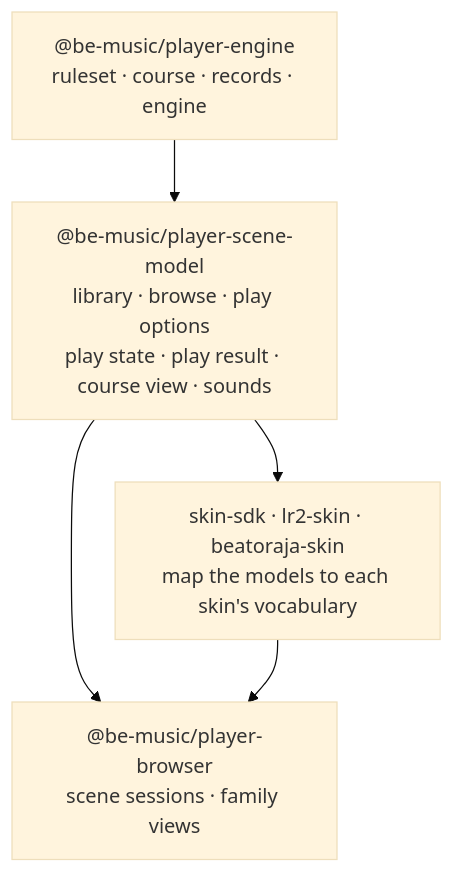
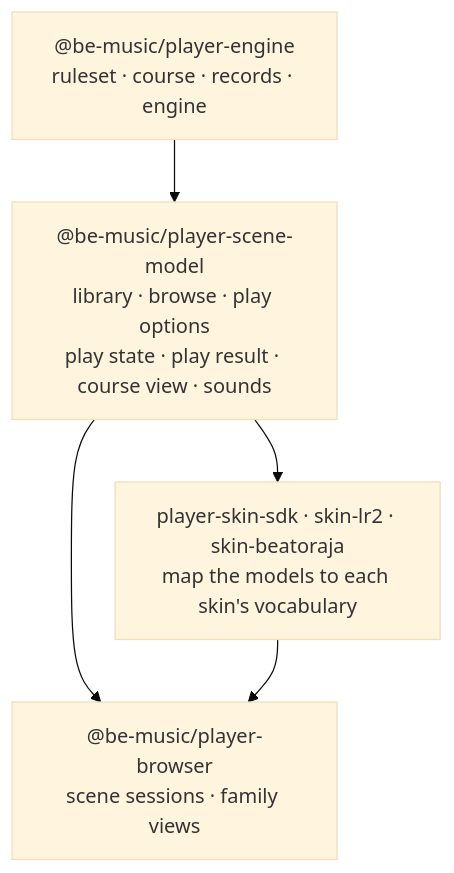
Before and after one commit to nulltask/be-music: the first of 3 diagrams in docs/scene-model.md, drawn with Mermaid (base theme). The commit also changed other lines of this file and 31 other files, not shown here.

Commit message:
docs: align package labels and diagrams with renamed packages [ci skip]

````diff
--- a/docs/scene-model.md
+++ b/docs/scene-model.md
@@ -11,12 +11,12 @@
 ```mermaid
 flowchart TD
   player["@be-music/player-engine<br/>ruleset · course · records · engine"]
   model["@be-music/player-scene-model<br/>library · browse · play options<br/>play state · play result · course view · sounds"]
-  skins["skin-sdk · lr2-skin · beatoraja-skin<br/>map the models to each skin's vocabulary"]
+  skins["player-skin-sdk · skin-lr2 · skin-beatoraja<br/>map the models to each skin's vocabulary"]
   sessions["@be-music/player-browser<br/>scene sessions · family views"]
 
   player --> model
   model --> skins
   model --> sessions
   skins --> sessions
 ```
````
